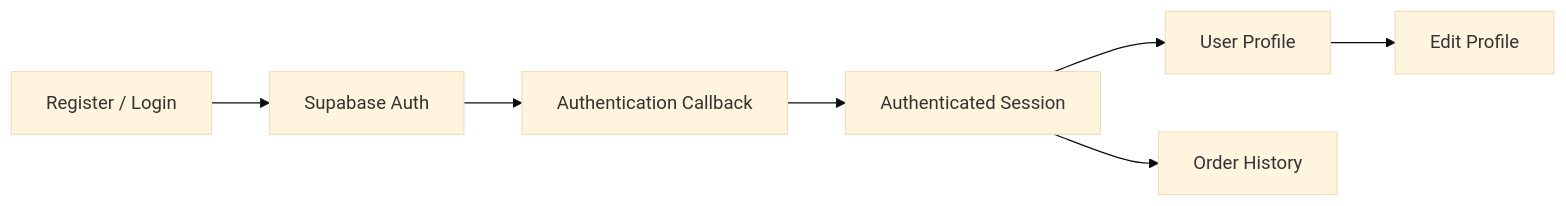
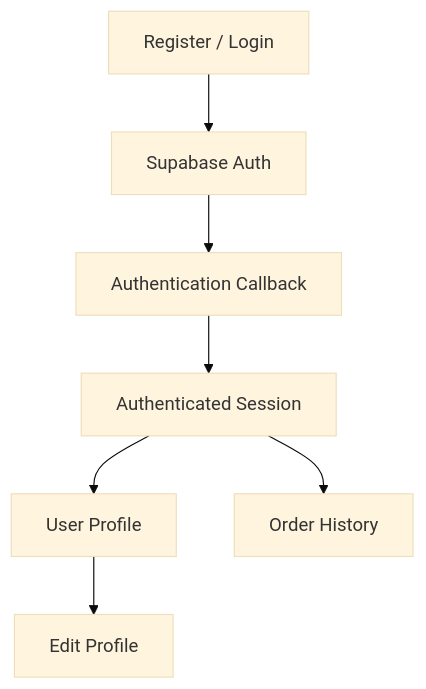
One commit to imammularif/topupku changed the third of 4 diagrams in README.md. Above: the diagram before and after it, drawn with Mermaid (base theme). The commit also changed other lines of this file, not shown here.

````diff
--- a/README.md
+++ b/README.md
@@ -153,9 +151,9 @@
 ```mermaid
-flowchart LR
+flowchart TB
     A["Register / Login"] --> B["Supabase Auth"]
     B --> C["Authentication Callback"]
     C --> D["Authenticated Session"]
     D --> E["User Profile"]
     D --> F["Order History"]
     E --> G["Edit Profile"]
 ```
````
